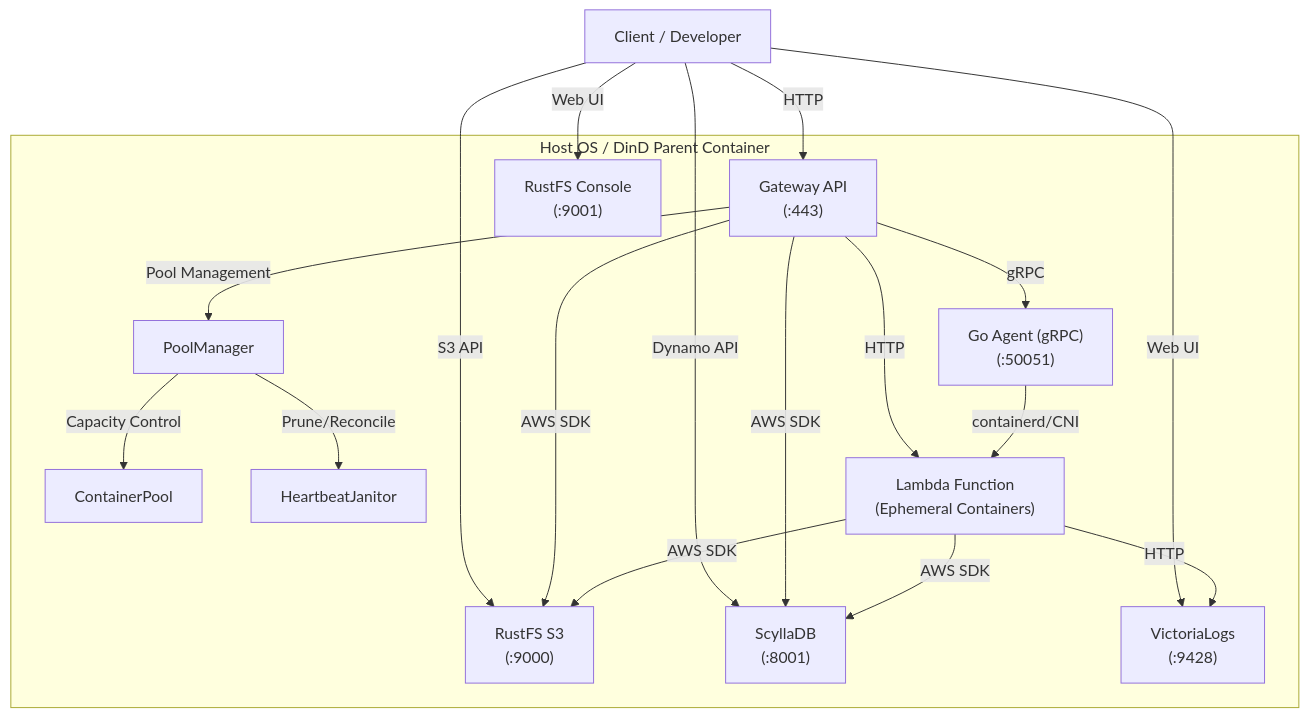
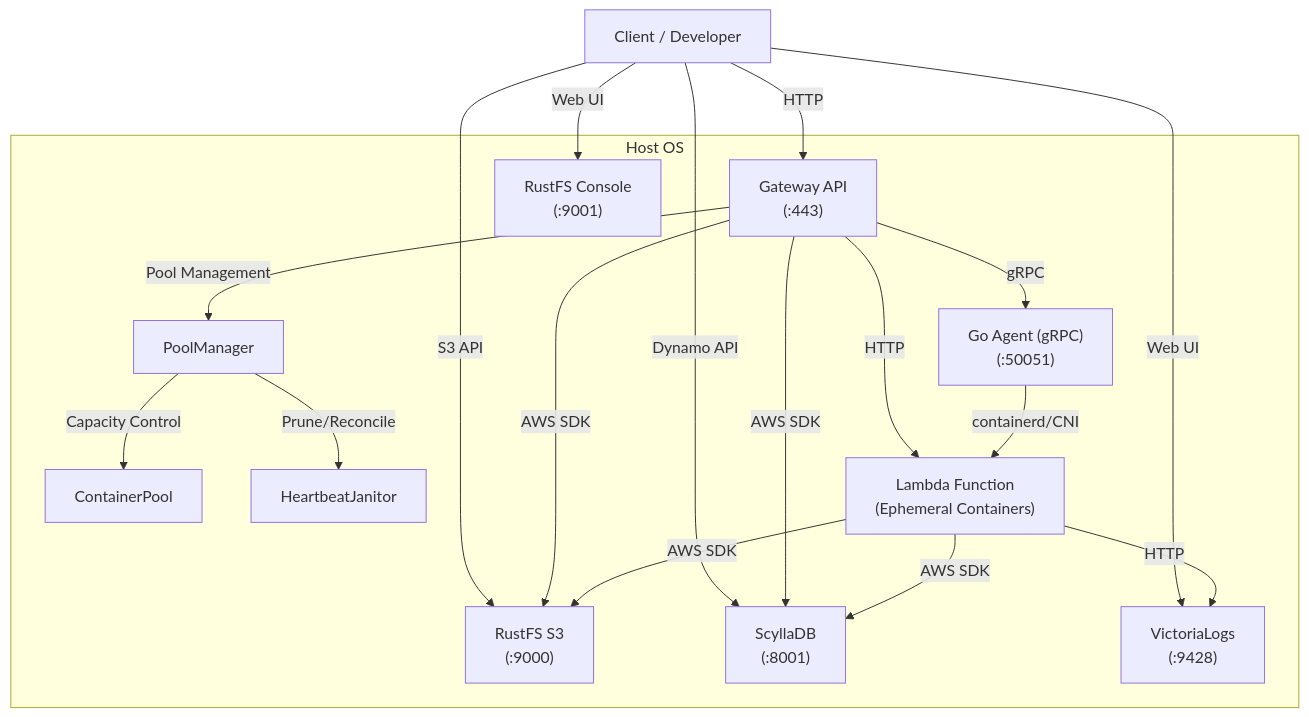
The diagram in docs/spec.md (poruru-code/edge-serverless-box), drawn with Mermaid before and after one commit. The commit also changed other lines of this file and 58 other files, not shown here.

````diff
--- a/docs/spec.md
+++ b/docs/spec.md
@@ -10,36 +15,36 @@
 ```mermaid
 flowchart TD
     User["Client / Developer"]
     
-    subgraph Host ["Host OS / DinD Parent Container"]
+    subgraph Host ["Host OS"]
         Gateway["Gateway API<br>(:443)"]
         Agent["Go Agent (gRPC)<br>(:50051)"]
         RustFS["RustFS S3<br>(:9000)"]
         Console["RustFS Console<br>(:9001)"]
         DB["ScyllaDB<br>(:8001)"]
         Logs["VictoriaLogs<br>(:9428)"]
         
         Gateway -->|Pool Management| PoolManager["PoolManager"]
         PoolManager -->|Capacity Control| ContainerPool["ContainerPool"]
         PoolManager -->|Prune/Reconcile| HeartbeatJanitor["HeartbeatJanitor"]
         
         Lambda["Lambda Function<br>(Ephemeral Containers)"]
     end
 
     User -->|HTTP| Gateway
     User -->|S3 API| RustFS
     User -->|Web UI| Console
     User -->|Dynamo API| DB
     User -->|Web UI| Logs
     
     Gateway -->|gRPC| Agent
     Gateway -->|AWS SDK| RustFS
     Gateway -->|AWS SDK| DB
     Gateway -->|HTTP| Lambda
     
     Agent -->|containerd/CNI| Lambda
     
     Lambda -->|AWS SDK| RustFS
     Lambda -->|AWS SDK| DB
     Lambda -->|HTTP| Logs
 ```
````
